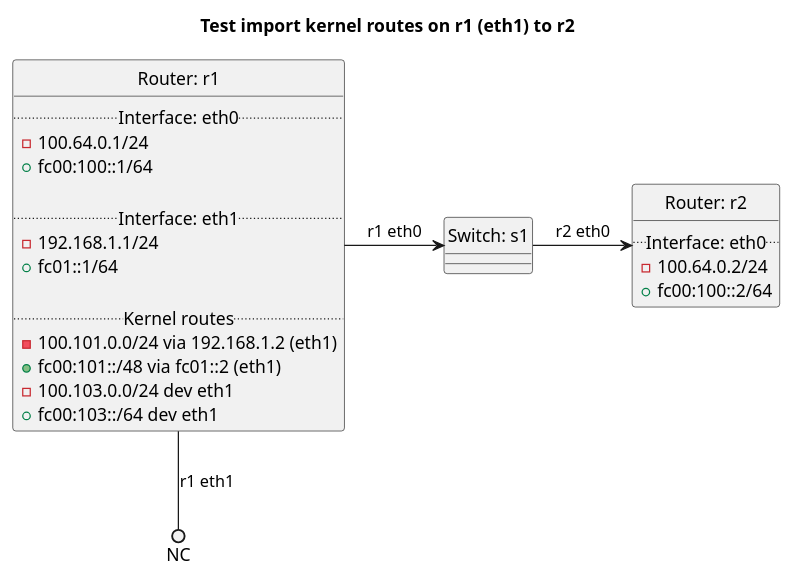
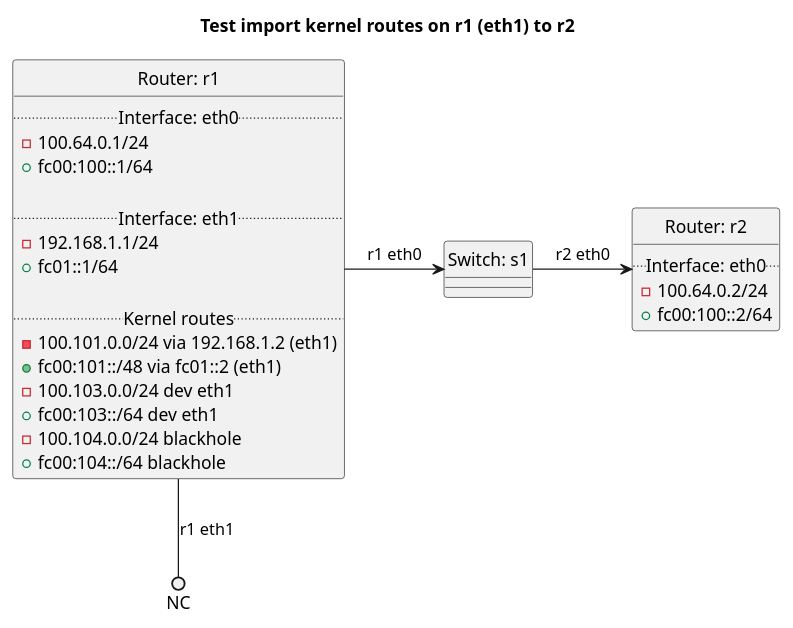
Before and after one commit to oscdev-io/birdplan: the diagram in tests/t40_bgp/t24_import_kernel/README.md, drawn with PlantUML. The commit also changed other lines of this file and 393 other files, not shown here.

````diff
--- a/tests/t40_bgp/t24_import_kernel/README.md
+++ b/tests/t40_bgp/t24_import_kernel/README.md
@@ -19,39 +25,41 @@
 ```plantuml
 @startuml
 hide circle
 title Test import kernel routes on r1 (eth1) to r2
 
 
 class "Router: r1" {
   .. Interface: eth0 ..
 - 100.64.0.1/24
 + fc00:100::1/64
 
   .. Interface: eth1 ..
 - 192.168.1.1/24
 + fc01::1/64
 
   .. Kernel routes ..
 - 100.101.0.0/24 via 192.168.1.2 (eth1)
 + fc00:101::/48 via fc01::2 (eth1)
 - 100.103.0.0/24 dev eth1
 + fc00:103::/64 dev eth1
+- 100.104.0.0/24 blackhole
++ fc00:104::/64 blackhole
 }
 
 
 class "Router: r2" {
   .. Interface: eth0 ..
 - 100.64.0.2/24
 + fc00:100::2/64
 }
 
 
 class "Switch: s1" {}
 
 
 "Router: r1" -> "Switch: s1": r1 eth0
 "Switch: s1" -> "Router: r2": r2 eth0
 "Router: r1" --() NC: r1 eth1
 
 @enduml
 ```
````
